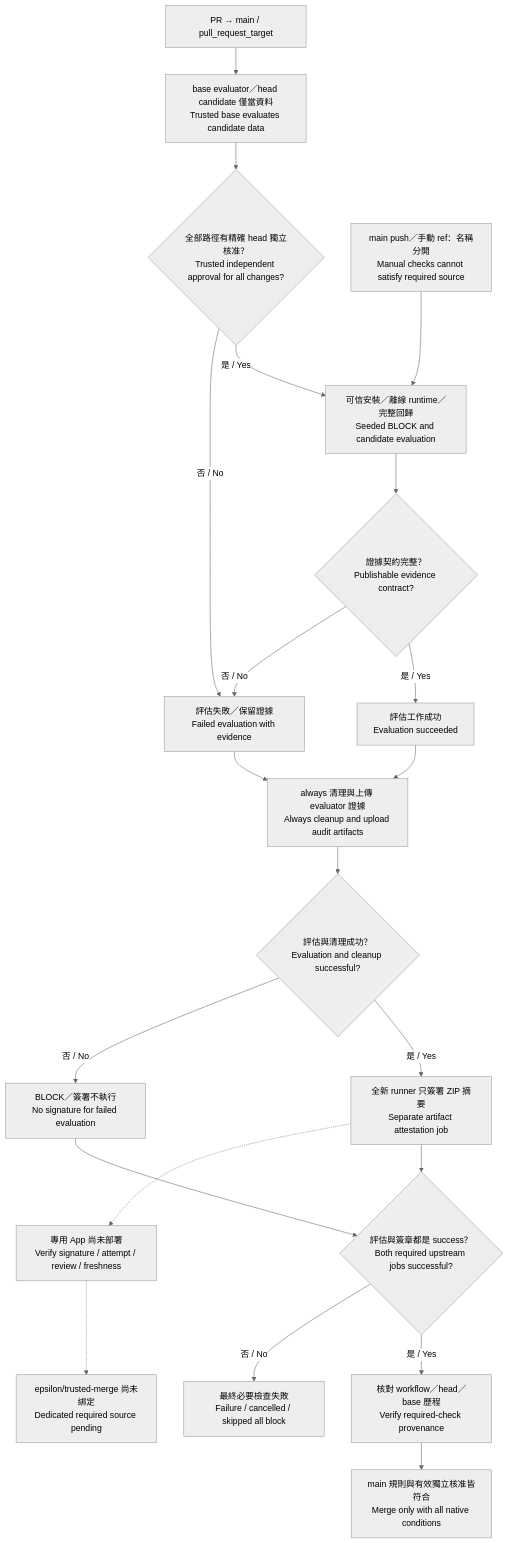
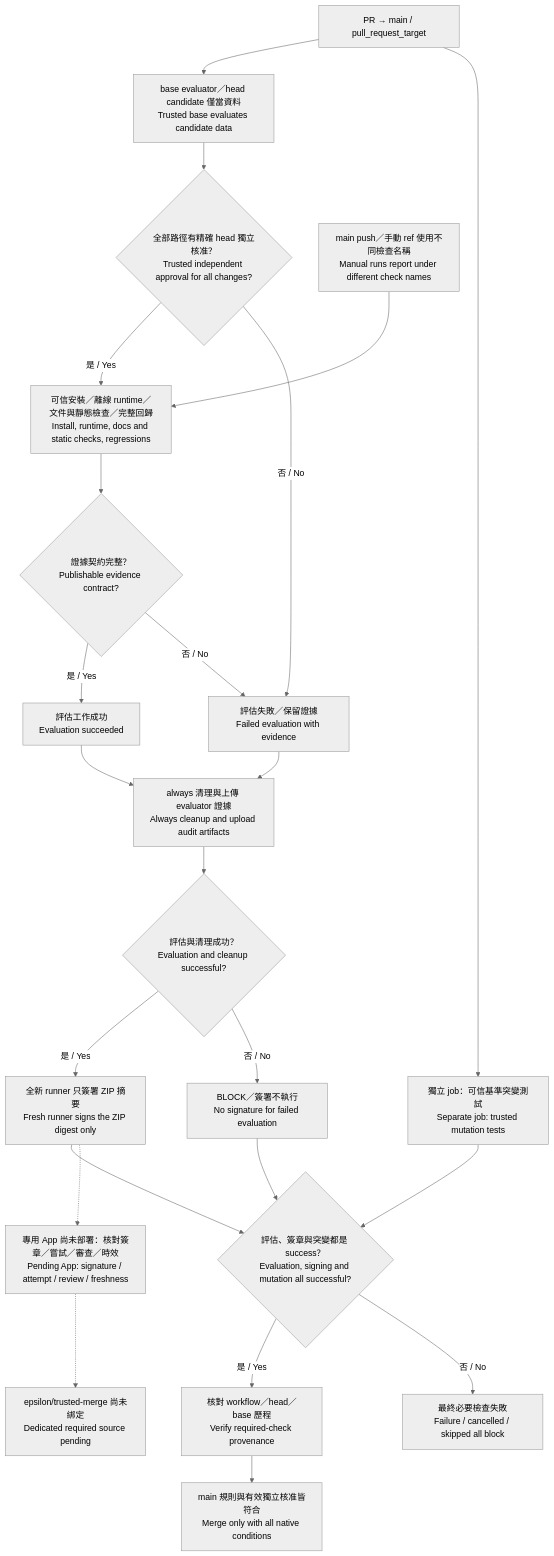
One commit to chinchiang/MultiAgentEpsilon changed the diagram in docs/diagrams/ci-flow.mmd. Above: the diagram before and after it, drawn with Mermaid (neutral theme). The commit also changed 42 other files, not shown here.

```diff
--- a/docs/diagrams/ci-flow.mmd
+++ b/docs/diagrams/ci-flow.mmd
@@ -1,21 +1,23 @@
 flowchart TB
     PR["PR → main / pull_request_target"] --> Checkout["base evaluator／head candidate 僅當資料<br/>Trusted base evaluates candidate data"]
     Checkout --> Guard{"全部路徑有精確 head 獨立核准？<br/>Trusted independent approval for all changes?"}
-    Guard -->|"是 / Yes"| Evaluate["可信安裝／離線 runtime／完整回歸<br/>Seeded BLOCK and candidate evaluation"]
+    Guard -->|"是 / Yes"| Evaluate["可信安裝／離線 runtime／文件與靜態檢查／完整回歸<br/>Install, runtime, docs and static checks, regressions"]
     Guard -->|"否 / No"| Failed["評估失敗／保留證據<br/>Failed evaluation with evidence"]
-    Other["main push／手動 ref：名稱分開<br/>Manual checks cannot satisfy required source"] --> Evaluate
+    Other["main push／手動 ref 使用不同檢查名稱<br/>Manual runs report under different check names"] --> Evaluate
+    PR --> Mutation["獨立 job：可信基準突變測試<br/>Separate job: trusted mutation tests"]
     Evaluate --> Contract{"證據契約完整？<br/>Publishable evidence contract?"}
     Contract -->|"是 / Yes"| Success["評估工作成功<br/>Evaluation succeeded"]
     Contract -->|"否 / No"| Failed
     Success --> Cleanup["always 清理與上傳 evaluator 證據<br/>Always cleanup and upload audit artifacts"]
     Failed --> Cleanup
     Cleanup --> Ready{"評估與清理成功？<br/>Evaluation and cleanup successful?"}
-    Ready -->|"是 / Yes"| Sign["全新 runner 只簽署 ZIP 摘要<br/>Separate artifact attestation job"]
+    Ready -->|"是 / Yes"| Sign["全新 runner 只簽署 ZIP 摘要<br/>Fresh runner signs the ZIP digest only"]
     Ready -->|"否 / No"| Block["BLOCK／簽署不執行<br/>No signature for failed evaluation"]
-    Sign --> Final{"評估與簽章都是 success？<br/>Both required upstream jobs successful?"}
+    Sign --> Final{"評估、簽章與突變都是 success？<br/>Evaluation, signing and mutation all successful?"}
+    Mutation --> Final
     Block --> Final
     Final -->|"是 / Yes"| Verify["核對 workflow／head／base 歷程<br/>Verify required-check provenance"]
     Final -->|"否 / No"| Deny["最終必要檢查失敗<br/>Failure / cancelled / skipped all block"]
     Verify --> Merge["main 規則與有效獨立核准皆符合<br/>Merge only with all native conditions"]
-    Sign -.-> App["專用 App 尚未部署<br/>Verify signature / attempt / review / freshness"]
+    Sign -.-> App["專用 App 尚未部署：核對簽章／嘗試／審查／時效<br/>Pending App: signature / attempt / review / freshness"]
     App -.-> Future["epsilon/trusted-merge 尚未綁定<br/>Dedicated required source pending"]
```
